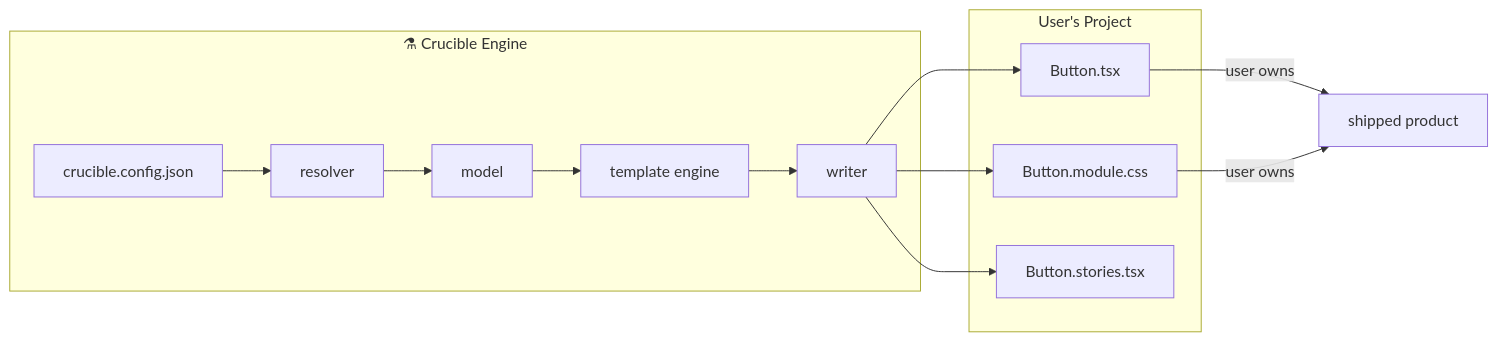
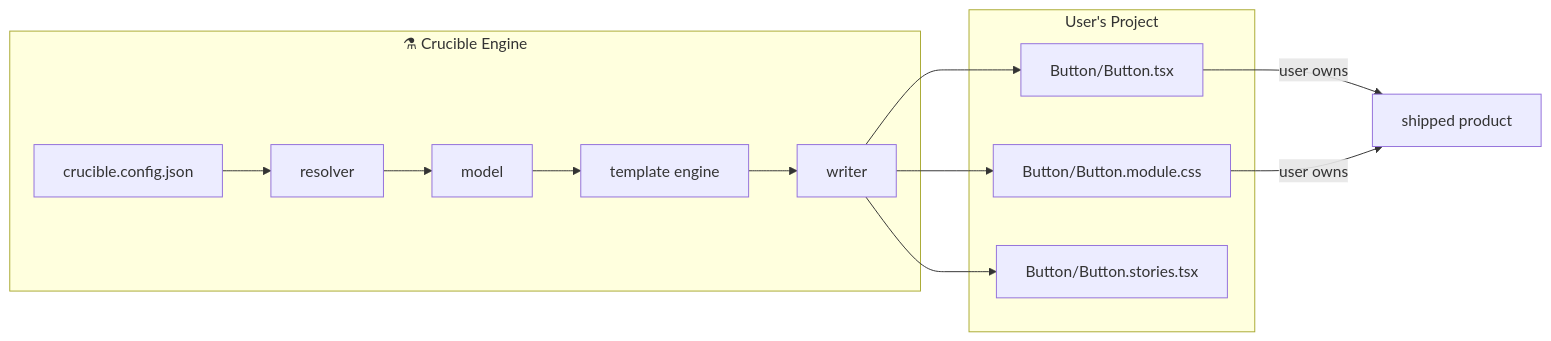
Before and after one commit to Naveen2070/project_crucible: the first of 47 diagrams in crucible-architecture.md, drawn with Mermaid. The commit also changed other lines of this file and 1 other file, not shown here.

Commit message:
docs: update architecture diagrams for Phase 5 structure

````diff
--- a/crucible-architecture.md
+++ b/crucible-architecture.md
@@ -37,19 +37,19 @@
 ```mermaid
 graph LR
     subgraph Engine ["⚗ Crucible Engine"]
         A[crucible.config.json] --> B[resolver]
         B --> C[model]
         C --> D[template engine]
         D --> E[writer]
     end
     subgraph Output ["User's Project"]
-        F[Button.tsx]
-        G[Button.module.css]
-        H[Button.stories.tsx]
+        F[Button/Button.tsx]
+        G[Button/Button.module.css]
+        H[Button/Button.stories.tsx]
     end
     E --> F
     E --> G
     E --> H
     F -->|user owns| I[shipped product]
     G -->|user owns| I
 ```
````
